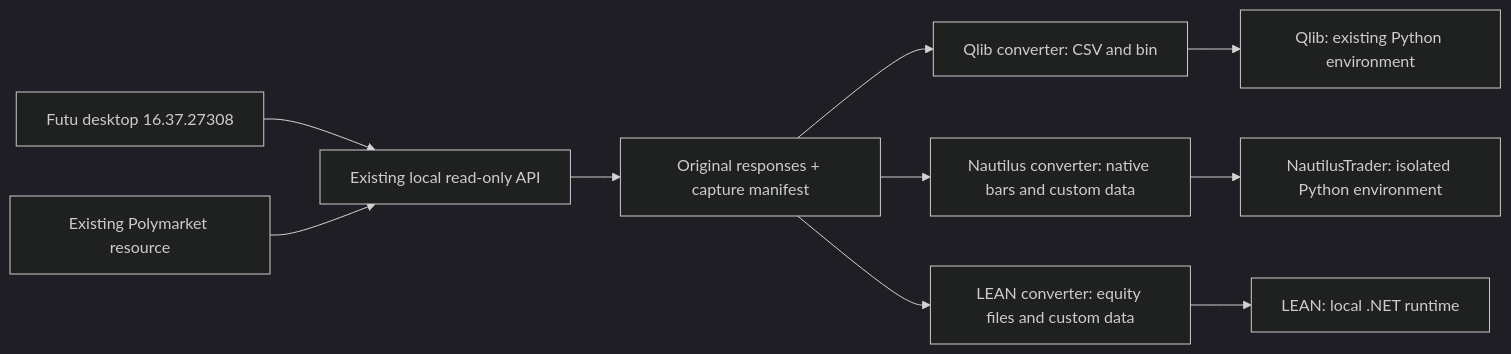
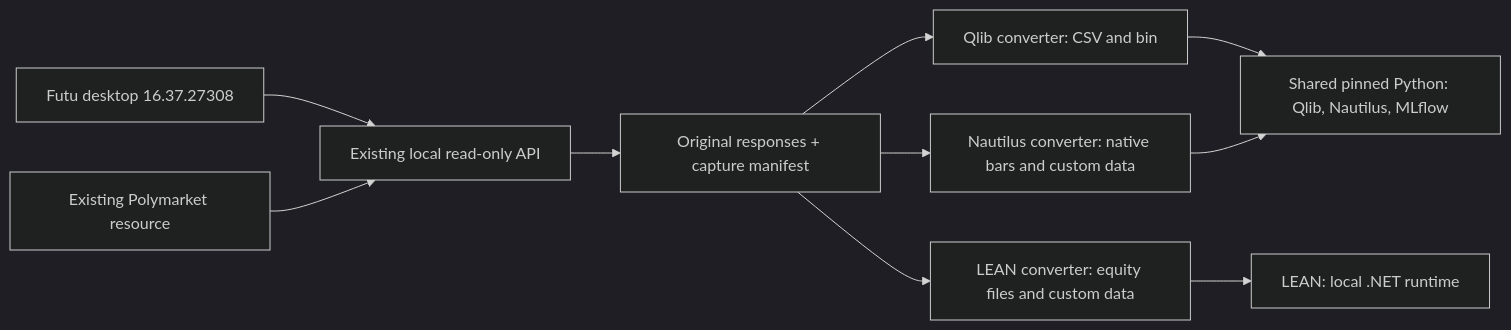
The diagram in docs/platform-converters.md (Zen0fficial/test), drawn with Mermaid (dark theme) before and after one commit. The commit also changed other lines of this file and 155 other files, not shown here.

````diff
--- a/docs/platform-converters.md
+++ b/docs/platform-converters.md
@@ -8,12 +15,12 @@
 ```mermaid
 flowchart LR
     F[Futu desktop 16.37.27308] --> API[Existing local read-only API]
     P[Existing Polymarket resource] --> API
     API --> R[Original responses + capture manifest]
     R --> Q[Qlib converter: CSV and bin]
     R --> N[Nautilus converter: native bars and custom data]
     R --> L[LEAN converter: equity files and custom data]
-    Q --> QP[Qlib: existing Python environment]
-    N --> NP[NautilusTrader: isolated Python environment]
+    Q --> PY[Shared pinned Python: Qlib, Nautilus, MLflow]
+    N --> PY
     L --> LP[LEAN: local .NET runtime]
 ```
````
